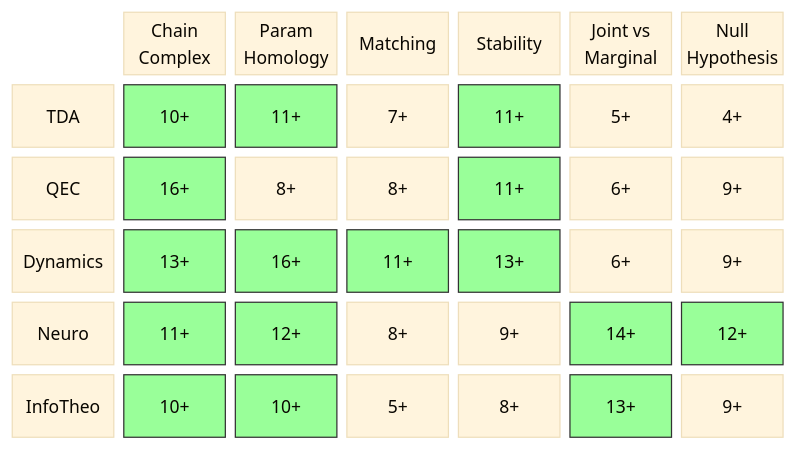
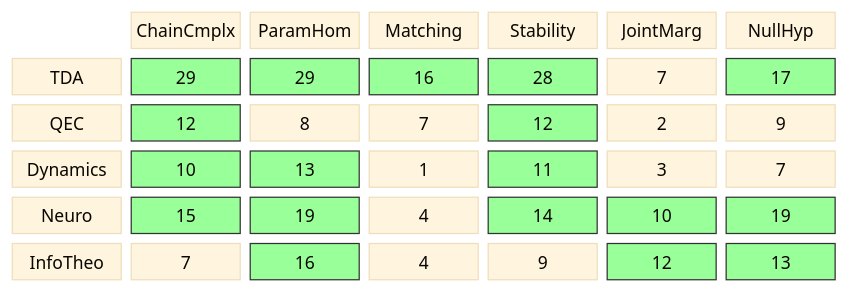
Before and after one commit to musicofhel/topoyolo: the diagram in diagrams/coverage-matrix.md, drawn with Mermaid. The commit also changed other lines of this file and 2 other files, not shown here.

````diff
--- a/diagrams/coverage-matrix.md
+++ b/diagrams/coverage-matrix.md
@@ -20,29 +21,31 @@
 ```mermaid
 %%{init: {'theme': 'base', 'themeVariables': {'fontSize': '14px'}}}%%
 block-beta
   columns 7
 
-  space:1 CC["Chain\nComplex"] PH["Param\nHomology"] MA["Matching"] ST["Stability"] JM["Joint vs\nMarginal"] NH["Null\nHypothesis"]
+  space:1 CC["ChainCmplx"] PH["ParamHom"] MA["Matching"] ST["Stability"] JM["JointMarg"] NH["NullHyp"]
 
-  TDA["TDA"] TDA_CC["10+"] TDA_PH["11+"] TDA_MA["7+"] TDA_ST["11+"] TDA_JM["5+"] TDA_NH["4+"]
-  QEC["QEC"] QEC_CC["16+"] QEC_PH["8+"] QEC_MA["8+"] QEC_ST["11+"] QEC_JM["6+"] QEC_NH["9+"]
-  DYN["Dynamics"] DYN_CC["13+"] DYN_PH["16+"] DYN_MA["11+"] DYN_ST["13+"] DYN_JM["6+"] DYN_NH["9+"]
-  NEU["Neuro"] NEU_CC["11+"] NEU_PH["12+"] NEU_MA["8+"] NEU_ST["9+"] NEU_JM["14+"] NEU_NH["12+"]
-  IT["InfoTheo"] IT_CC["10+"] IT_PH["10+"] IT_MA["5+"] IT_ST["8+"] IT_JM["13+"] IT_NH["9+"]
+  TDA["TDA"] TDA_CC["29"] TDA_PH["29"] TDA_MA["16"] TDA_ST["28"] TDA_JM["7"] TDA_NH["17"]
+  QEC["QEC"] QEC_CC["12"] QEC_PH["8"] QEC_MA["7"] QEC_ST["12"] QEC_JM["2"] QEC_NH["9"]
+  DYN["Dynamics"] DYN_CC["10"] DYN_PH["13"] DYN_MA["1"] DYN_ST["11"] DYN_JM["3"] DYN_NH["7"]
+  NEU["Neuro"] NEU_CC["15"] NEU_PH["19"] NEU_MA["4"] NEU_ST["14"] NEU_JM["10"] NEU_NH["19"]
+  IT["InfoTheo"] IT_CC["7"] IT_PH["16"] IT_MA["4"] IT_ST["9"] IT_JM["12"] IT_NH["13"]
   style TDA_CC fill:#9f9,stroke:#333
   style TDA_PH fill:#9f9,stroke:#333
+  style TDA_MA fill:#9f9,stroke:#333
   style TDA_ST fill:#9f9,stroke:#333
+  style TDA_NH fill:#9f9,stroke:#333
   style QEC_CC fill:#9f9,stroke:#333
   style QEC_ST fill:#9f9,stroke:#333
   style DYN_CC fill:#9f9,stroke:#333
   style DYN_PH fill:#9f9,stroke:#333
-  style DYN_MA fill:#9f9,stroke:#333
   style DYN_ST fill:#9f9,stroke:#333
   style NEU_CC fill:#9f9,stroke:#333
   style NEU_PH fill:#9f9,stroke:#333
+  style NEU_ST fill:#9f9,stroke:#333
   style NEU_JM fill:#9f9,stroke:#333
   style NEU_NH fill:#9f9,stroke:#333
-  style IT_CC fill:#9f9,stroke:#333
   style IT_PH fill:#9f9,stroke:#333
   style IT_JM fill:#9f9,stroke:#333
+  style IT_NH fill:#9f9,stroke:#333
 ```
````
